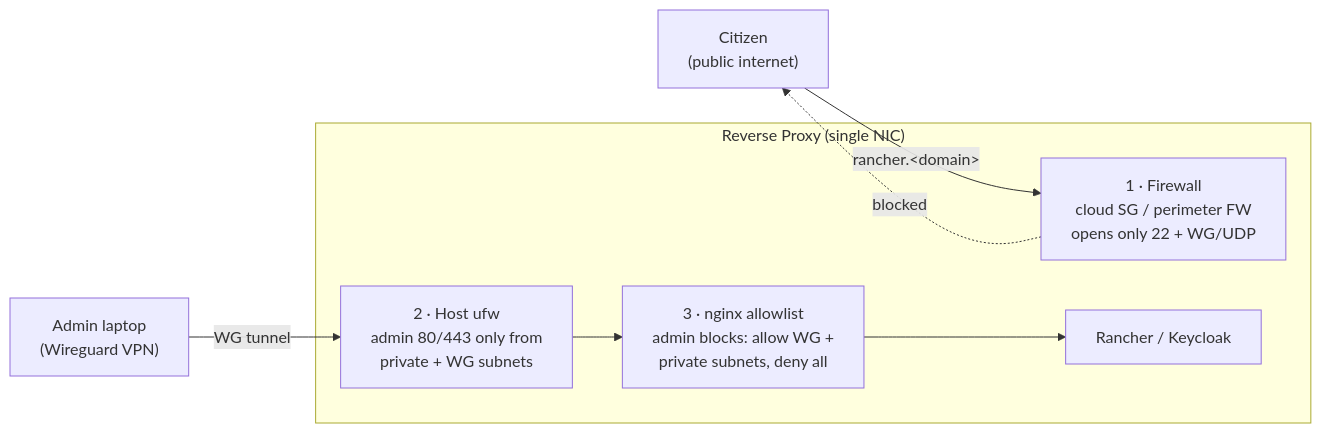
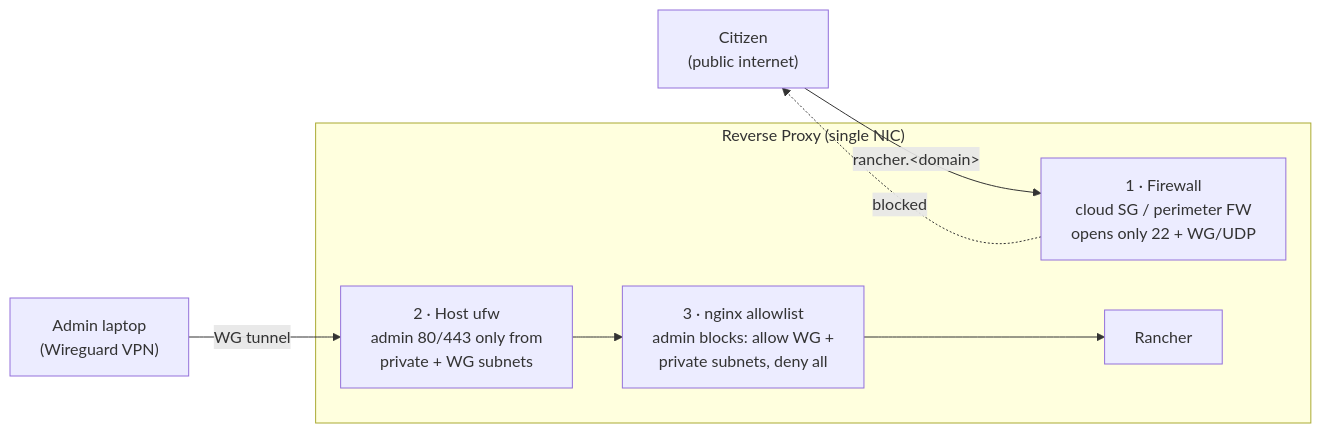
The second of 2 diagrams in deployment/openg2p-deployment-model.md (OpenG2P/openg2p-documentation), drawn with Mermaid before and after one commit. The commit also changed other lines of this file and 1 other file, not shown here.

````diff
--- a/deployment/openg2p-deployment-model.md
+++ b/deployment/openg2p-deployment-model.md
@@ -112,16 +112,16 @@
 ```mermaid
 flowchart LR
     citizen["Citizen<br/>(public internet)"]
     admin["Admin laptop<br/>(Wireguard VPN)"]
 
     subgraph RP["Reverse Proxy (single NIC)"]
         fw["1 · Firewall<br/>cloud SG / perimeter FW<br/>opens only 22 + WG/UDP"]
         ufw["2 · Host ufw<br/>admin 80/443 only from<br/>private + WG subnets"]
         nginx["3 · nginx allowlist<br/>admin blocks: allow WG +<br/>private subnets, deny all"]
-        rancher["Rancher / Keycloak"]
+        rancher["Rancher"]
     end
 
     citizen -->|"rancher.&lt;domain&gt;"| fw
     fw -. blocked .-> citizen
     admin -->|"WG tunnel"| ufw --> nginx --> rancher
 ```
````
